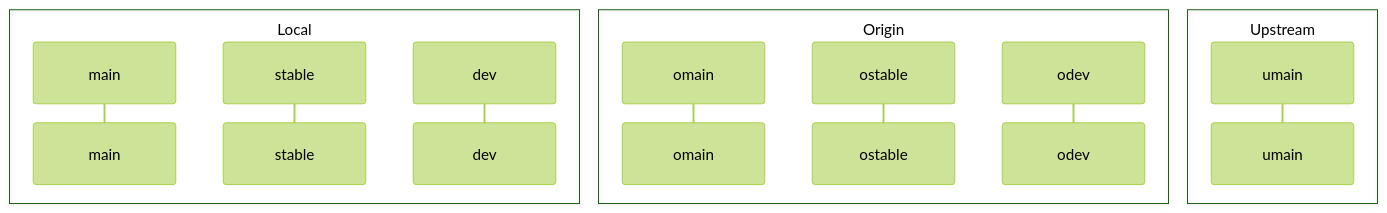
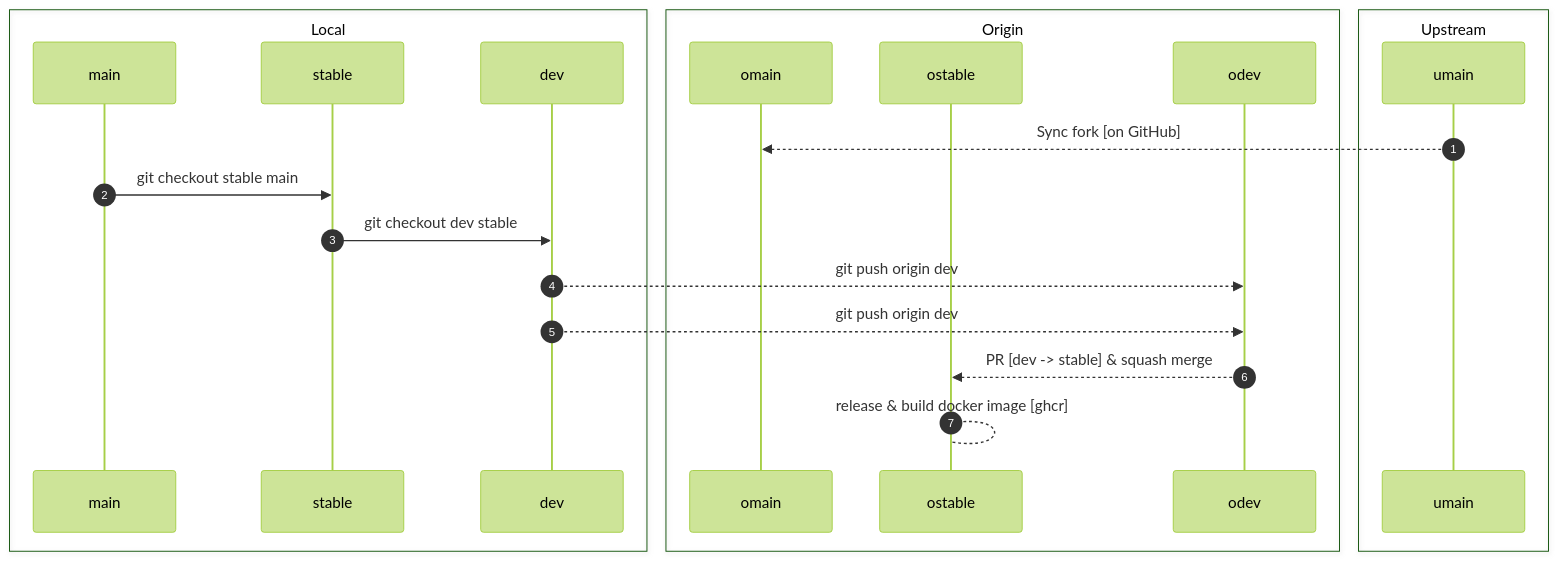
Before and after one commit to mediacms-io/mediacms: the diagram in README.md, drawn with Mermaid (forest theme).

Commit message:
basic workflow already setup

````diff
--- a/README.md
+++ b/README.md
@@ -5,19 +5,30 @@
 ```mermaid
 sequenceDiagram
+autonumber
 
 box Local
 participant main 
 participant stable
 participant dev
 end
 
 box Origin
 participant omain 
 participant ostable
 participant odev
 end
 
 box Upstream
 participant umain 
 end
+
+
+umain -->> omain: Sync fork [on GitHub]
+
+main ->> stable: git checkout stable main
+stable ->> dev: git checkout dev stable
+dev -->> odev: git push origin dev
+dev -->> odev: git push origin dev
+odev -->> ostable: PR [dev -> stable] & squash merge
+ostable -->ostable: release & build docker image [ghcr]
 ```
````
